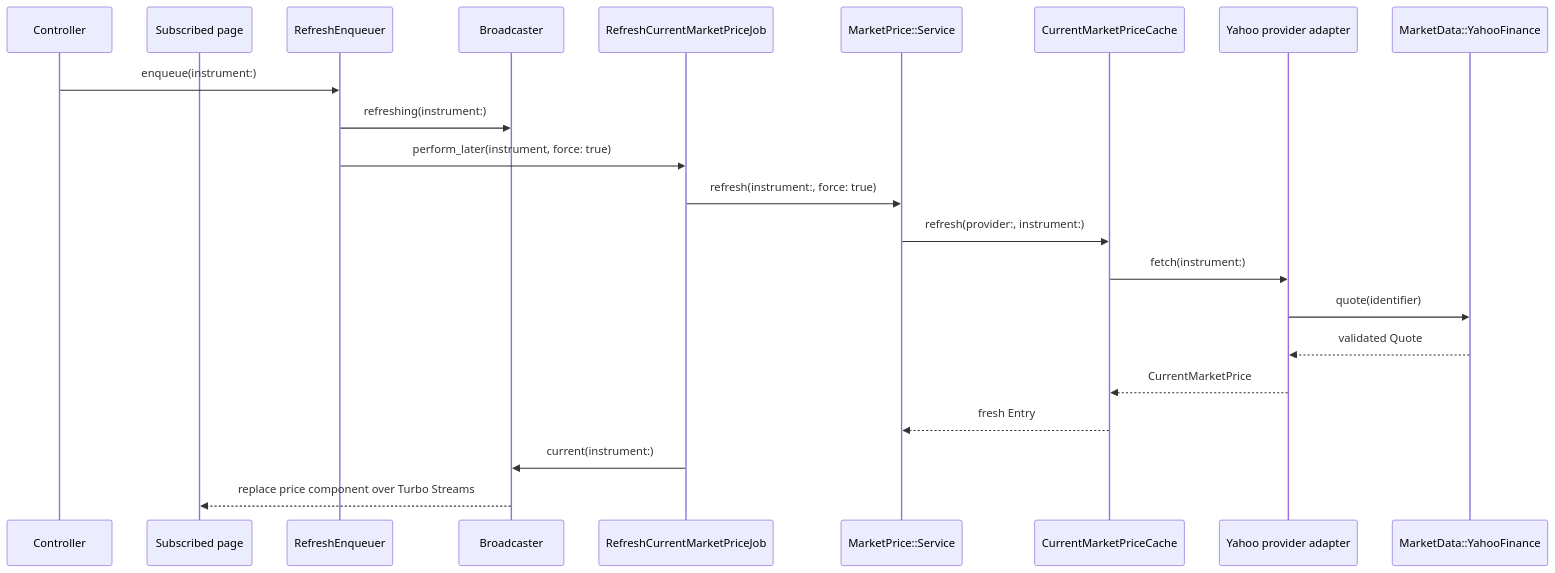
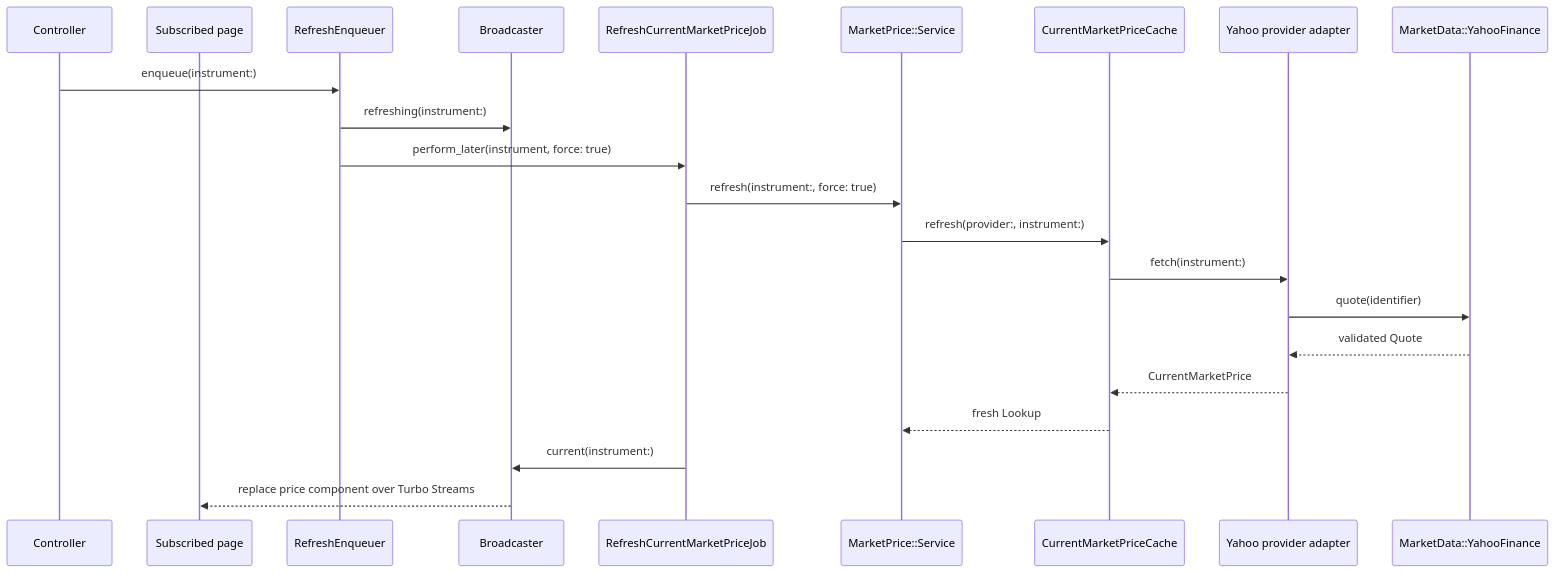
Before and after one commit to HenriqueMorato/caramelo: the second of 2 diagrams in docs/current-market-prices.md, drawn with Mermaid. The commit also changed other lines of this file and 18 other files, not shown here.

Commit message:
refactor: clarify market price architecture

````diff
--- a/docs/current-market-prices.md
+++ b/docs/current-market-prices.md
@@ -75,25 +78,25 @@
 ```mermaid
 sequenceDiagram
   participant C as Controller
   participant V as Subscribed page
   participant E as RefreshEnqueuer
   participant B as Broadcaster
   participant J as RefreshCurrentMarketPriceJob
   participant S as MarketPrice::Service
   participant K as CurrentMarketPriceCache
   participant P as Yahoo provider adapter
   participant Y as MarketData::YahooFinance
 
   C->>E: enqueue(instrument:)
   E->>B: refreshing(instrument:)
   E->>J: perform_later(instrument, force: true)
   J->>S: refresh(instrument:, force: true)
   S->>K: refresh(provider:, instrument:)
   K->>P: fetch(instrument:)
   P->>Y: quote(identifier)
   Y-->>P: validated Quote
   P-->>K: CurrentMarketPrice
-  K-->>S: fresh Entry
+  K-->>S: fresh Lookup
   J->>B: current(instrument:)
   B-->>V: replace price component over Turbo Streams
 ```
````
